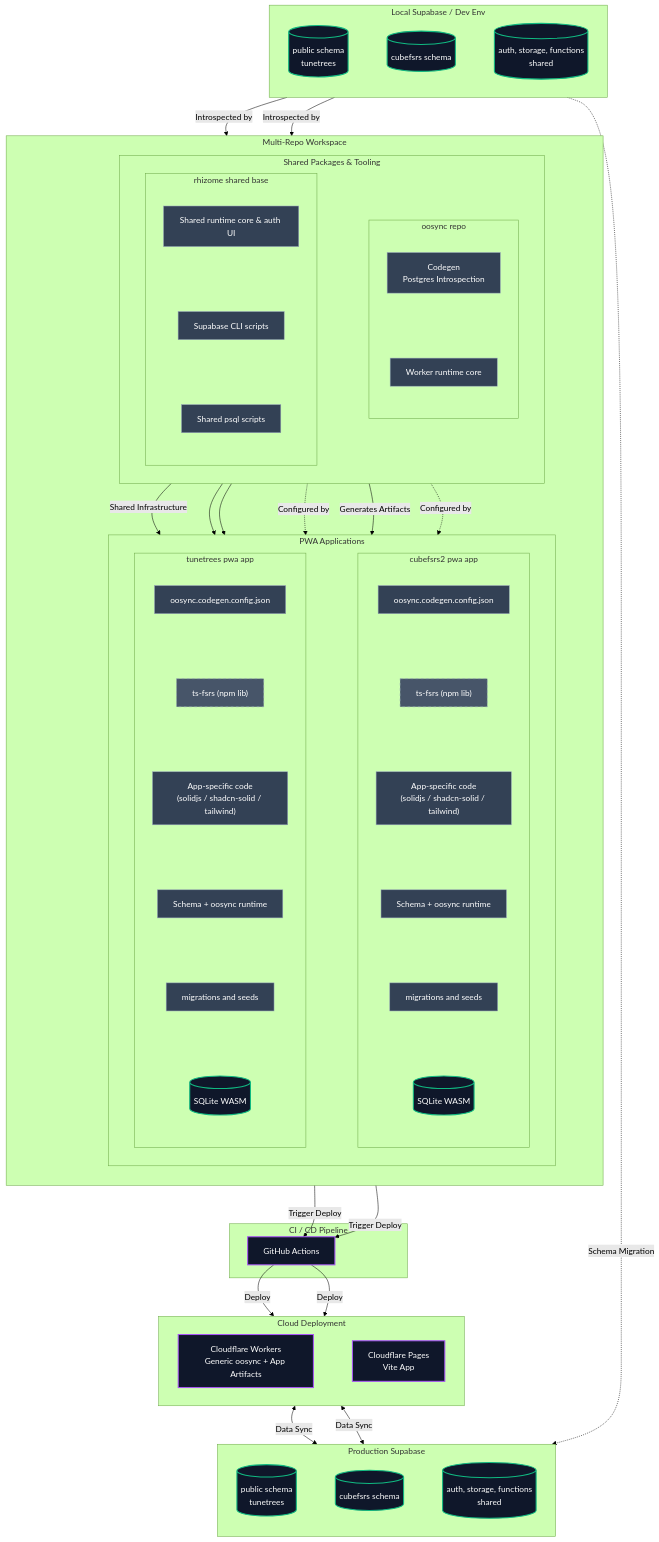
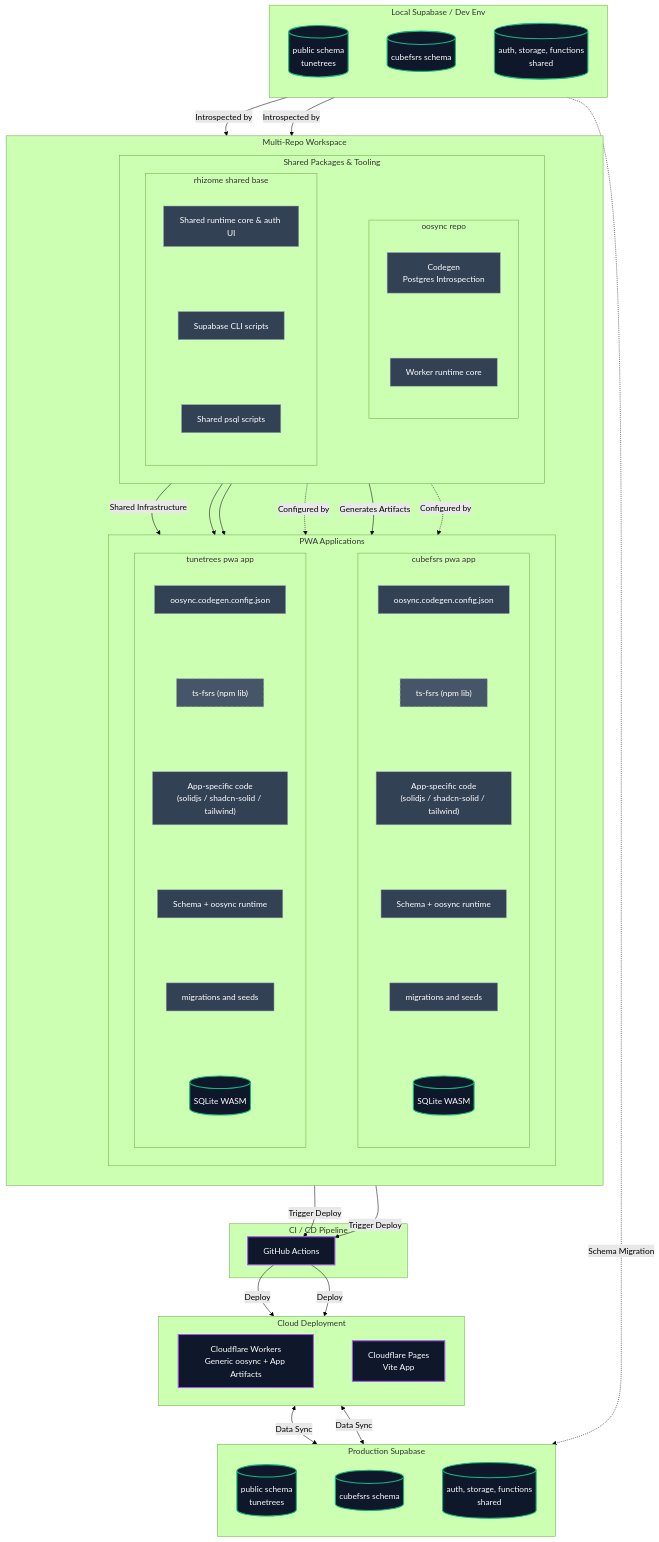
Before and after one commit to sboagy/rhizome: the diagram in design/shared_pwa_architecture.md, drawn with Mermaid (forest theme). The commit also changed other lines of this file and 1 other file, not shown here.

Commit message:
📝 change from cubefsrs2 to cubefsrs

```diff
--- a/design/shared_pwa_architecture.md
+++ b/design/shared_pwa_architecture.md
@@ -20,16 +38,16 @@
 
     subgraph Workspace [Multi-Repo Workspace]
         direction TB
-        
+
         subgraph Packages [Shared Packages & Tooling]
             direction LR
-            
+
             subgraph Rhizome [rhizome shared base]
                 direction TB
                 R_Core[Shared runtime core & auth UI]:::module
                 R_CLI[Supabase CLI scripts]:::module
                 R_Psql[Shared psql scripts]:::module
-                
+
                 %% Force vertical stacking inside the repo
                 R_Core ~~~ R_CLI ~~~ R_Psql
             end
@@ -38,7 +56,7 @@
                 direction TB
                 O_CodeGen[Codegen<br/>Postgres Introspection]:::module
                 O_Worker[Worker runtime core]:::module
-                
+
                 %% Force vertical stacking inside the repo
                 O_CodeGen ~~~ O_Worker
             end
@@ -46,7 +64,7 @@
 
         subgraph Apps [PWA Applications]
             direction LR
-            
+
             subgraph TuneTrees [tunetrees pwa app]
                 direction TB
                 T_Conf[oosync.codegen.config.json]:::module
@@ -55,12 +73,12 @@
                 T_Schema[Schema + oosync runtime]:::module
                 T_Mig[migrations and seeds]:::module
                 T_DB[(SQLite WASM)]:::db
-                
+
                 %% Force vertical stacking inside the repo
                 T_Conf ~~~ T_FSRS ~~~ T_App ~~~ T_Schema ~~~ T_Mig ~~~ T_DB
             end
 
-            subgraph CubeFSRS [cubefsrs2 pwa app]
+            subgraph CubeFSRS [cubefsrs pwa app]
                 direction TB
                 C_Conf[oosync.codegen.config.json]:::module
                 C_FSRS["ts-fsrs (npm lib)"]:::lib
@@ -68,7 +86,7 @@
                 C_Schema[Schema + oosync runtime]:::module
                 C_Mig[migrations and seeds]:::module
                 C_DB[(SQLite WASM)]:::db
-                
+
                 %% Force vertical stacking inside the repo
                 C_Conf ~~~ C_FSRS ~~~ C_App ~~~ C_Schema ~~~ C_Mig ~~~ C_DB
             end
@@ -96,7 +114,7 @@
     %% ==========================================
     %% EDGES (ALL POINTING TOP-TO-BOTTOM)
     %% ==========================================
-    
+
     L_TT -->|Introspected by| O_CodeGen
     L_Cube -->|Introspected by| O_CodeGen
 
@@ -123,7 +141,7 @@
     %% ==========================================
     %% INVISIBLE LAYOUT SPINE
     %% ==========================================
-    
+
     %% 1. Force items left-to-right inside horizontal wrappers
     L_TT ~~~ L_Cube ~~~ L_Shared
     R_Core ~~~ O_CodeGen
```
